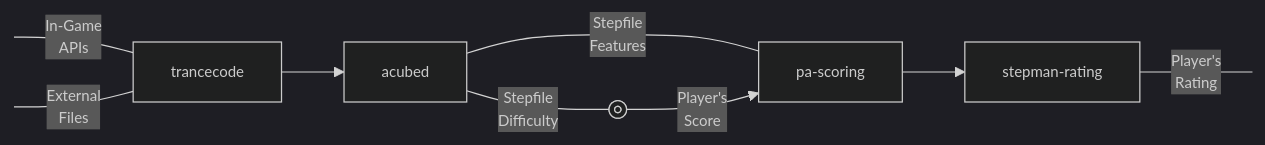
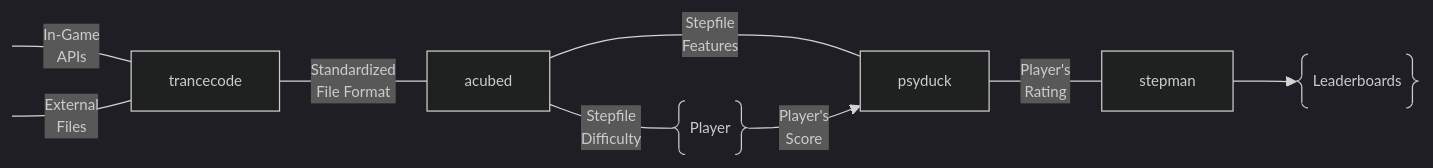
Before and after one commit to stepmanai/.github: the diagram in profile/README.md, drawn with Mermaid. The commit also changed other lines of this file, not shown here.

````diff
--- a/profile/README.md
+++ b/profile/README.md
@@ -63,37 +63,36 @@
 ```mermaid
 %%{
   init: {
     'theme': 'dark',
     'themeVariables': {
       'fontFamily': 'courier',
       'fontSize': '12px'
     }
   }
 }%%
 
 flowchart LR
 
-D1@{ label: "pa-scoring" } --> D@{ label: "stepman-rating" };
-D---|Player's
-Rating|E2[ ];
+D1 ---|Player's
+Rating| D@{ label: "stepman" } --> G@{shape: braces, label: "Leaderboards"};
 C@{ label: "acubed" }---|"Stepfile
 Features"|D1;
-B --> C;
+B ---|Standardized
+File Format| C;
 A4[ ]---|"In-Game
 APIs"|B;
 A1[ ]---|"External
 Files"|B@{label: "trancecode" };
 C---|"Stepfile
 Difficulty"|F;
-F@{shape: framed-circle} -->|Player's
-Score|D1@{ label: "pa-scoring" };
+F@{shape: braces, label: "Player"} -->|Player's
+Score|D1@{ label: "psyduck" };
 
-click B "https://github.com/stepmanai";
-click C "https://github.com/stepmanai";
-click D1 "https://github.com/stepmanai";
-click D "https://github.com/stepmanai";
+click B "https://github.com/stepmanai/trancecode";
+click C "https://github.com/stepmanai/acubed";
+click D1 "https://github.com/stepmanai/psyduck";
+click D "https://github.com/stepmanai/stepman";
 style A1 height:0px;
 style A4 height:0px;
-style E2 height:0px;
 
 ``` 
````
